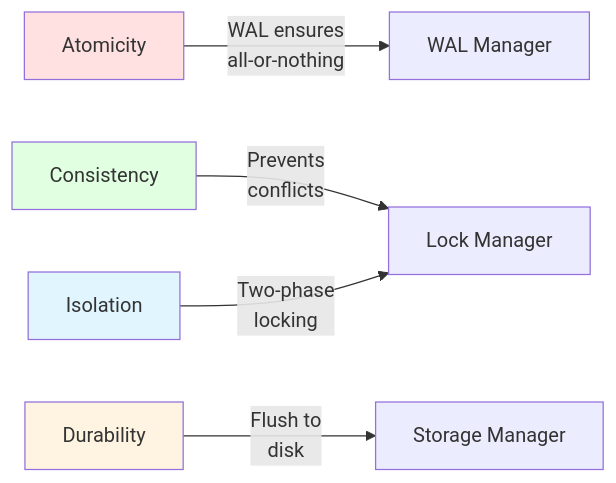
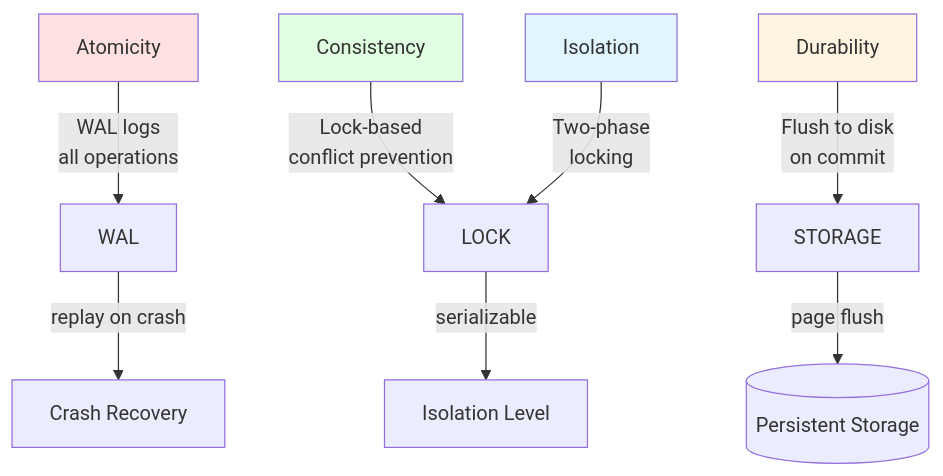
Before and after one commit to ruskaruma/StoneDB-engine: the fourth of 10 diagrams in ARCHITECTURE.md, drawn with Mermaid. The commit also changed other lines of this file and 6 other files, not shown here.

Commit message:
feat: add architecture docs

````diff
--- a/ARCHITECTURE.md
+++ b/ARCHITECTURE.md
@@ -72,12 +90,16 @@
 ```mermaid
-graph LR
-    A[Atomicity] -->|WAL ensures<br/>all-or-nothing| WAL[WAL Manager]
-    C[Consistency] -->|Prevents<br/>conflicts| LOCK[Lock Manager]
+graph TB
+    A[Atomicity] -->|WAL logs<br/>all operations| WAL
+    C[Consistency] -->|Lock-based<br/>conflict prevention| LOCK
     I[Isolation] -->|Two-phase<br/>locking| LOCK
-    D[Durability] -->|Flush to<br/>disk| STORAGE[Storage Manager]
+    D[Durability] -->|Flush to disk<br/>on commit| STORAGE
+    
+    WAL -->|replay on crash| WAL2[Crash Recovery]
+    STORAGE -->|page flush| DISK2[(Persistent Storage)]
+    LOCK -->|serializable| ISO2[Isolation Level]
     
     style A fill:#ffe1e1
     style C fill:#e1ffe1
     style I fill:#e1f5ff
     style D fill:#fff4e1
 ```
````
